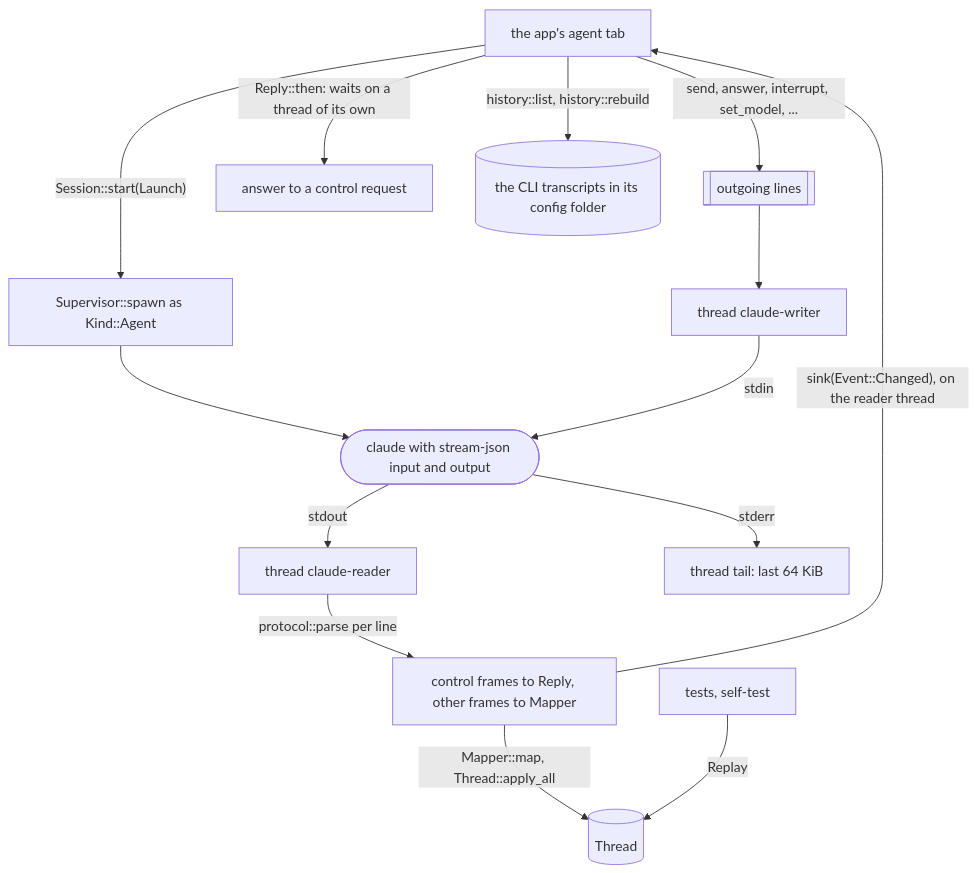
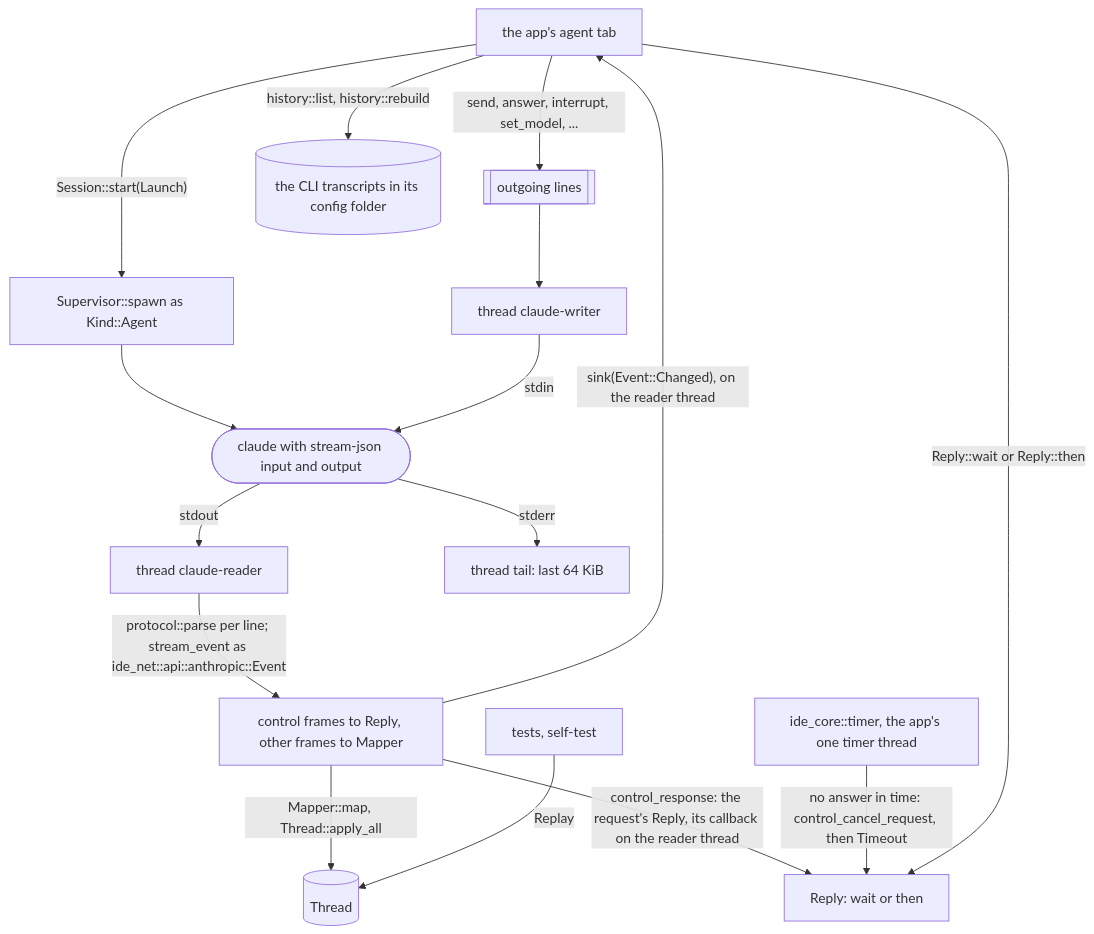
Before and after one commit to sventmueller/dango: the diagram in crates/ide-claude/README.md, drawn with Mermaid. The commit also changed other lines of this file and 826 other files, not shown here.

````diff
--- a/crates/ide-claude/README.md
+++ b/crates/ide-claude/README.md
@@ -9,16 +10,18 @@
 ```mermaid
 flowchart TB
     app["the app's agent tab"] -->|"Session::start(Launch)"| start["Supervisor::spawn as Kind::Agent"]
     start --> cli(["claude with stream-json input and output"])
     app -->|"send, answer, interrupt, set_model, ..."| queue[["outgoing lines"]]
     queue --> writer["thread claude-writer"]
     writer -->|"stdin"| cli
     cli -->|"stdout"| reader["thread claude-reader"]
     cli -->|"stderr"| tail["thread tail: last 64 KiB"]
-    reader -->|"protocol::parse per line"| handle["control frames to Reply, other frames to Mapper"]
+    reader -->|"protocol::parse per line; stream_event as ide_net::api::anthropic::Event"| handle["control frames to Reply, other frames to Mapper"]
     handle -->|"Mapper::map, Thread::apply_all"| thread[("Thread")]
     handle -->|"sink(Event::Changed), on the reader thread"| app
-    app -->|"Reply::then: waits on a thread of its own"| waiter["answer to a control request"]
+    handle -->|"control_response: the request's Reply, its callback on the reader thread"| reply["Reply: wait or then"]
+    timer["ide_core::timer, the app's one timer thread"] -->|"no answer in time: control_cancel_request, then Timeout"| reply
+    app -->|"Reply::wait or Reply::then"| reply
     app -->|"history::list, history::rebuild"| transcripts[("the CLI transcripts in its config folder")]
     tests["tests, self-test"] -->|"Replay"| thread
 ```
````
